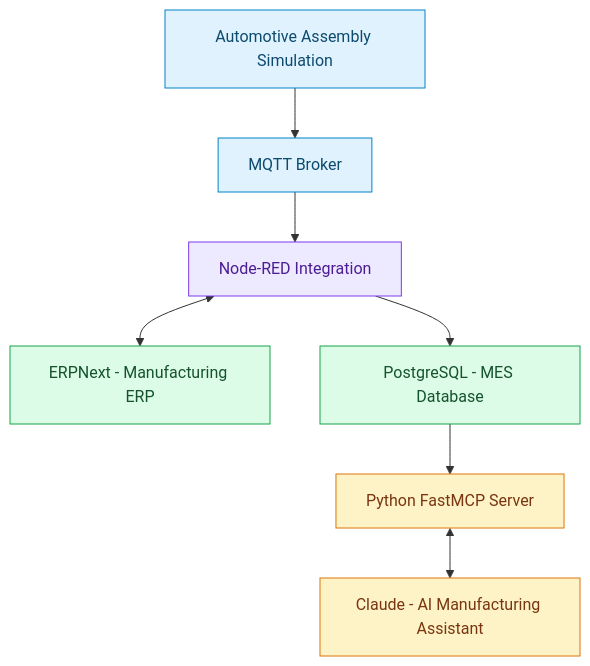
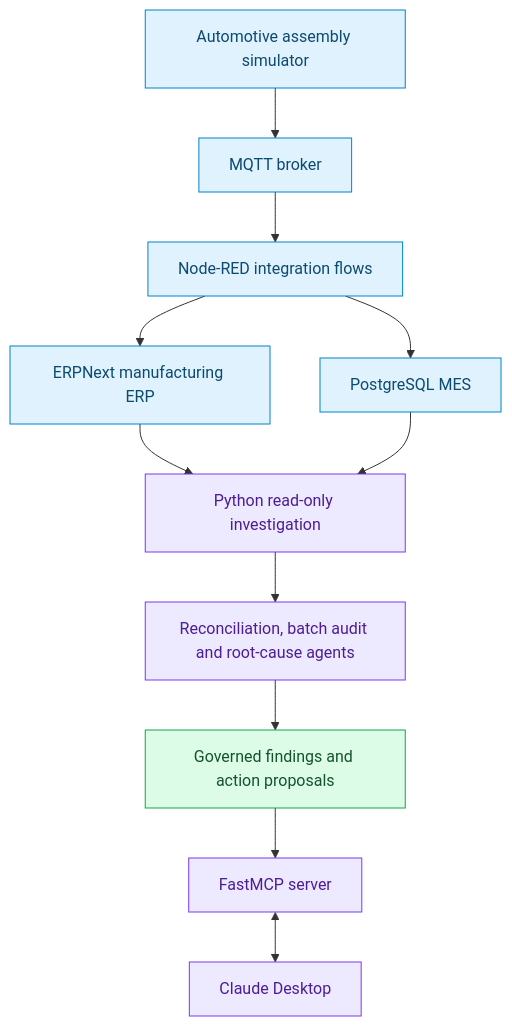
The diagram in README.md (Jazzygpt/automotive-erp-mes-ai-lab), drawn with Mermaid before and after one commit. The commit also changed other lines of this file and 1 other file, not shown here.

Commit message:
Document Factory AI architecture and verified ERP MES investigation

````diff
--- a/README.md
+++ b/README.md
@@ -14,27 +20,21 @@
 ```mermaid
 flowchart TD
-    A["Automotive Assembly Simulation"]
-    B["MQTT Broker"]
-    C["Node-RED Integration"]
-    D["ERPNext - Manufacturing ERP"]
-    E["PostgreSQL - MES Database"]
-    F["Python FastMCP Server"]
-    G["Claude - AI Manufacturing Assistant"]
+    SIM["Automotive assembly simulator"] --> MQTT["MQTT broker"]
+    MQTT --> NR["Node-RED integration flows"]
+    NR --> MES["PostgreSQL MES"]
+    NR --> ERP["ERPNext manufacturing ERP"]
 
-    A --> B
-    B --> C
-    C <--> D
-    C --> E
-    E --> F
-    F <--> G
+    ERP --> READ["Python read-only investigation"]
+    MES --> READ
+    READ --> AGENTS["Reconciliation, batch audit and root-cause agents"]
+    AGENTS --> GOV["Governed findings and action proposals"]
+    GOV --> MCP["FastMCP server"]
+    MCP <--> CLAUDE["Claude Desktop"]
 
-    classDef machine fill:#e0f2fe,stroke:#0284c7,color:#0c4a6e
-    classDef integration fill:#ede9fe,stroke:#7c3aed,color:#4c1d95
-    classDef data fill:#dcfce7,stroke:#16a34a,color:#14532d
-    classDef ai fill:#fef3c7,stroke:#d97706,color:#78350f
-
-    class A,B machine
-    class C integration
-    class D,E data
-    class F,G ai
+    classDef systems fill:#e0f2fe,stroke:#0284c7,color:#0c4a6e
+    classDef analysis fill:#ede9fe,stroke:#7c3aed,color:#4c1d95
+    classDef review fill:#dcfce7,stroke:#16a34a,color:#14532d
+    class SIM,MQTT,NR,ERP,MES systems
+    class READ,AGENTS,MCP,CLAUDE analysis
+    class GOV review
 ```
````
